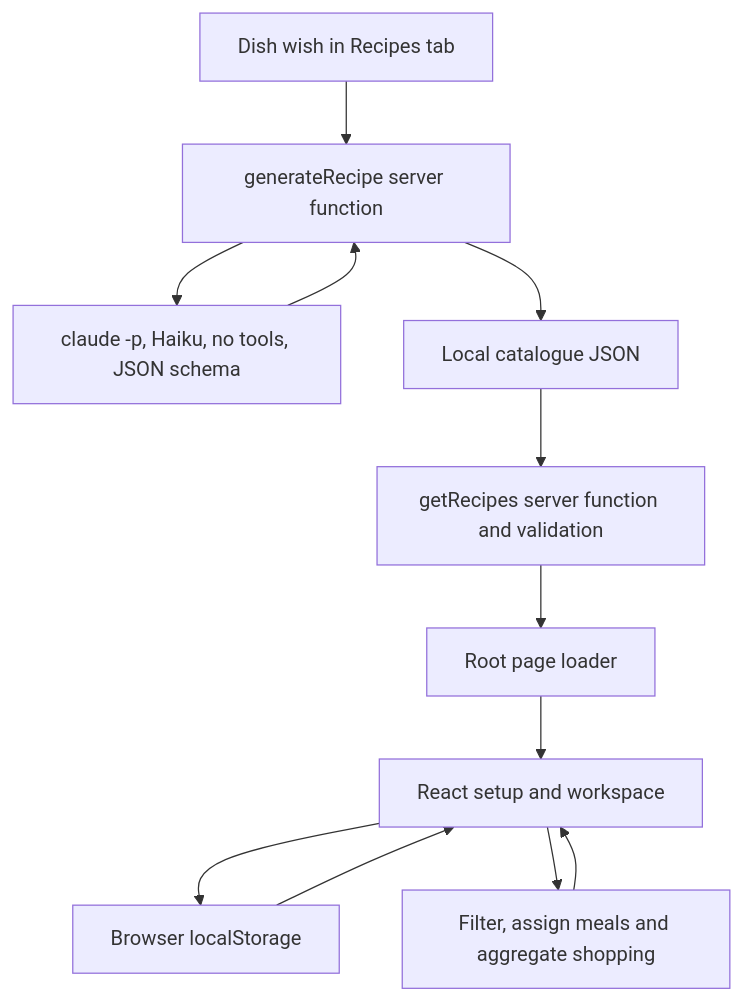
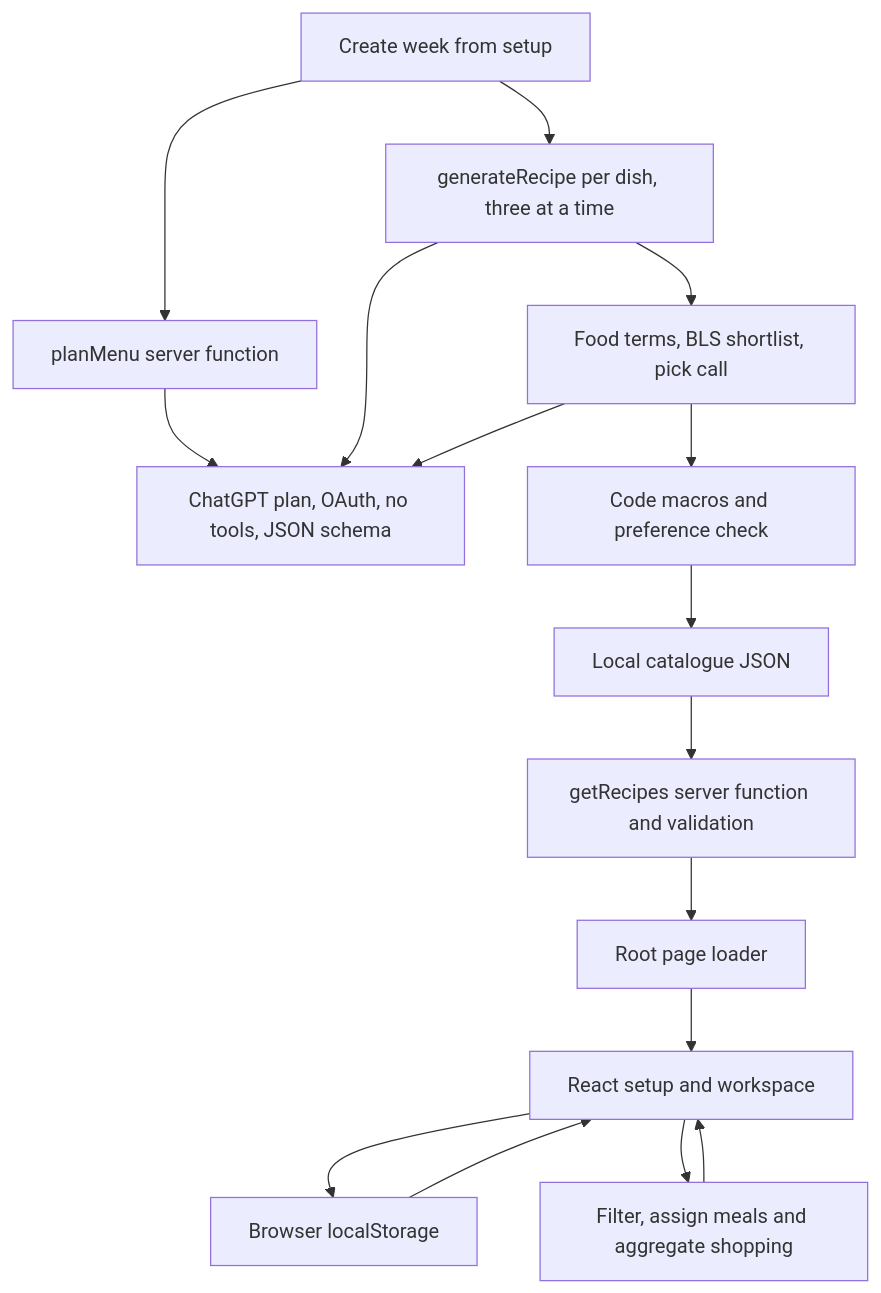
One commit to JonasLaux/batchday changed the first of 2 diagrams in ARCHITECTURE.md. Above: the diagram before and after it, drawn with Mermaid. The commit also changed other lines of this file and 24 other files, not shown here.

First line of the commit message:
Add ChatGPT weekly planning and grocery product matching

````diff
--- a/ARCHITECTURE.md
+++ b/ARCHITECTURE.md
@@ -9,14 +9,18 @@
 ```mermaid
 flowchart TD
-  UI2[Dish wish in Recipes tab] --> Gen[generateRecipe server function]
-  Gen --> CLI[claude -p, Haiku, no tools, JSON schema]
-  CLI --> Gen
-  Gen --> JSON[Local catalogue JSON]
+  UI2[Create week from setup] --> Menu[planMenu server function]
+  Menu --> GPT[ChatGPT plan, OAuth, no tools, JSON schema]
+  UI2 --> Gen[generateRecipe per dish, three at a time]
+  Gen --> GPT
+  Gen --> Foods[Food terms, BLS shortlist, pick call]
+  Foods --> GPT
+  Foods --> Fit[Code macros and preference check]
+  Fit --> JSON[Local catalogue JSON]
   JSON --> Server[getRecipes server function and validation]
   Server --> Loader[Root page loader]
   Loader --> UI[React setup and workspace]
   Storage[Browser localStorage] --> UI
   UI --> Storage
   UI --> Domain[Filter, assign meals and aggregate shopping]
   Domain --> UI
 ```
````
